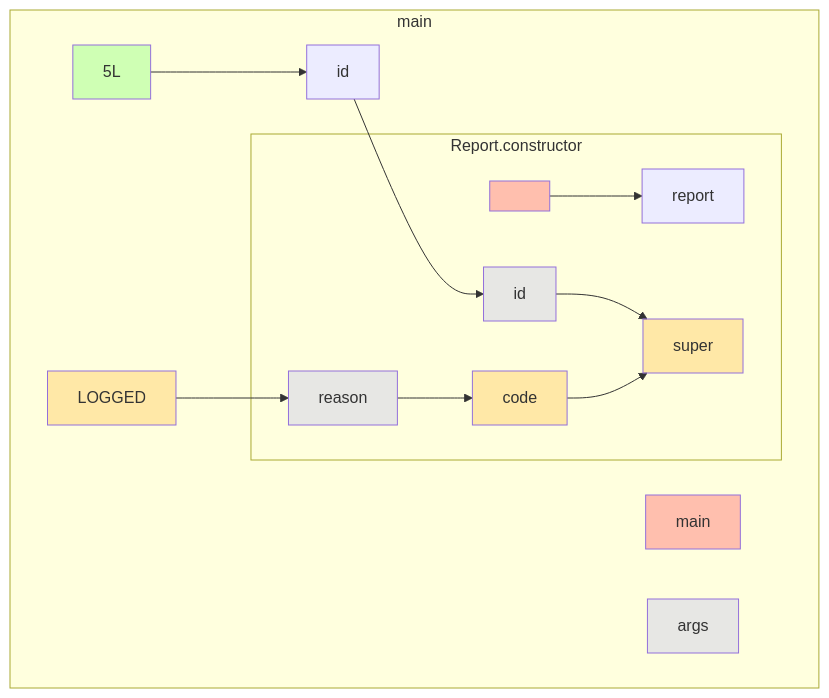
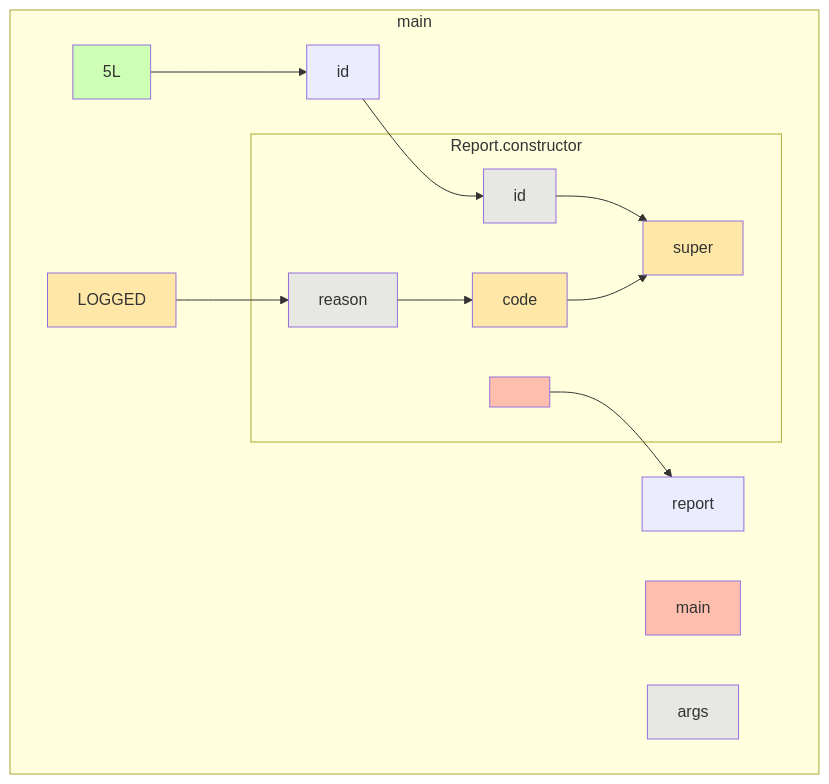
One commit to gstiebler/codeflow changed the diagram in app/src/test/resources/unattributedParameter/truth.md. Above: the diagram before and after it, drawn with Mermaid. The commit also changed 34 other files, not shown here.

````diff
--- a/app/src/test/resources/unattributedParameter/truth.md
+++ b/app/src/test/resources/unattributedParameter/truth.md
@@ -1,32 +1,32 @@
 ```mermaid
 flowchart TD
   subgraph b0["main"]
     n1[main]:::RETURN
     n2[args]:::FUNC_PARAM
     n3[5L]:::LITERAL
     n4[id]:::OBJ_VARIABLE
     n5[LOGGED]:::EXTERNAL
     n12[report]:::OBJ_VARIABLE
     n3[5L]:::LITERAL --> n4[id]:::OBJ_VARIABLE
     n4[id]:::OBJ_VARIABLE --> n9[id]:::FUNC_PARAM
     n5[LOGGED]:::EXTERNAL --> n8[reason]:::FUNC_PARAM
+    n7[<init>]:::RETURN --> n12[report]:::OBJ_VARIABLE
     subgraph b6["Report.constructor"]
       n7[<init>]:::RETURN
       n8[reason]:::FUNC_PARAM
       n9[id]:::FUNC_PARAM
       n10[code]:::EXTERNAL
       n11[super]:::EXTERNAL
-      n7[<init>]:::RETURN --> n12[report]:::OBJ_VARIABLE
       n8[reason]:::FUNC_PARAM --> n10[code]:::EXTERNAL
       n9[id]:::FUNC_PARAM --> n11[super]:::EXTERNAL
       n10[code]:::EXTERNAL --> n11[super]:::EXTERNAL
     end
   end
   classDef LITERAL fill:#00FF0030
   classDef VARIABLE fill:#80808030
   classDef BIN_OP fill:#80808080
   classDef FUNC_PARAM fill:#8080FF30
   classDef RETURN fill:#FF808080
   classDef EXTERNAL fill:#FFA50040
   classDef UNMODELLED fill:#FF000030,stroke-dasharray: 4 2
 ```
````
